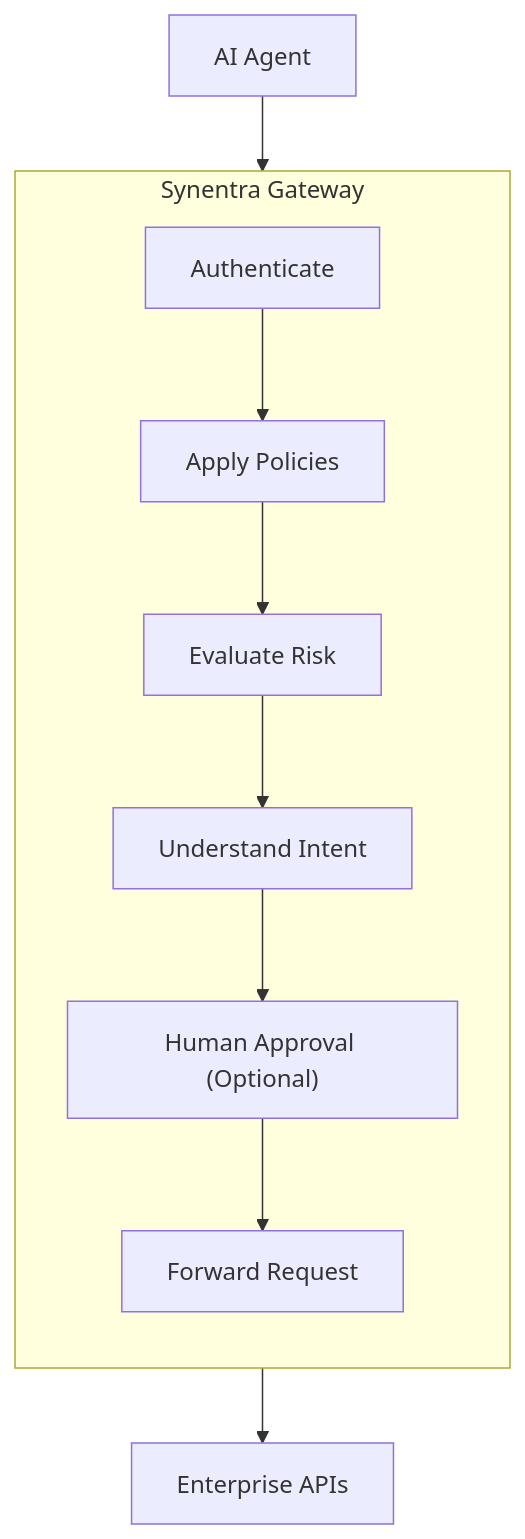
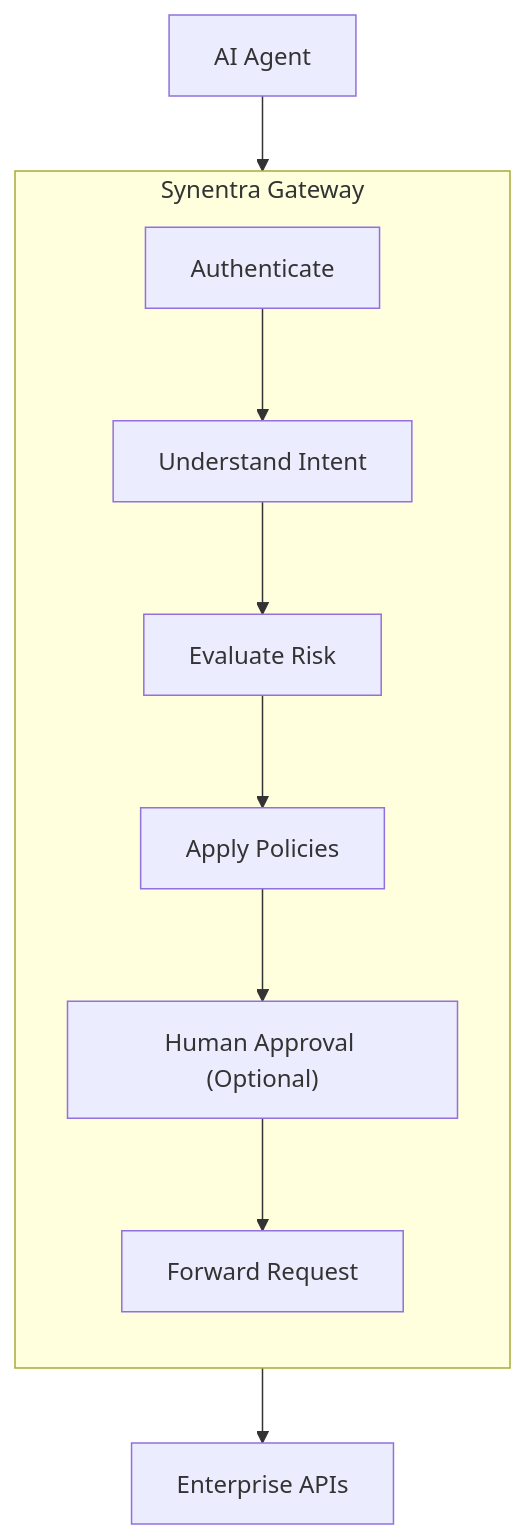
Before and after one commit to synentra/website: the diagram in docs/concepts/ai-agent-governance.mdx, drawn with Mermaid.

Commit message:
Swap 'Apply Policies' and 'Understand Intent' in AI agent governance flowchart #57

````diff
--- a/docs/concepts/ai-agent-governance.mdx
+++ b/docs/concepts/ai-agent-governance.mdx
@@ -206,19 +206,19 @@
 ```mermaid
 flowchart TD
     A["AI Agent"] --> B
 
     subgraph B["Synentra Gateway"]
         direction TD
 
         C["Authenticate"]
-        D["Apply Policies"]
+        D["Understand Intent"]
         E["Evaluate Risk"]
-        F["Understand Intent"]
+        F["Apply Policies"]
         G["Human Approval (Optional)"]
         H["Forward Request"]
 
         C --> D --> E --> F --> G --> H
     end
 
     B --> I["Enterprise APIs"]
 ```
````
